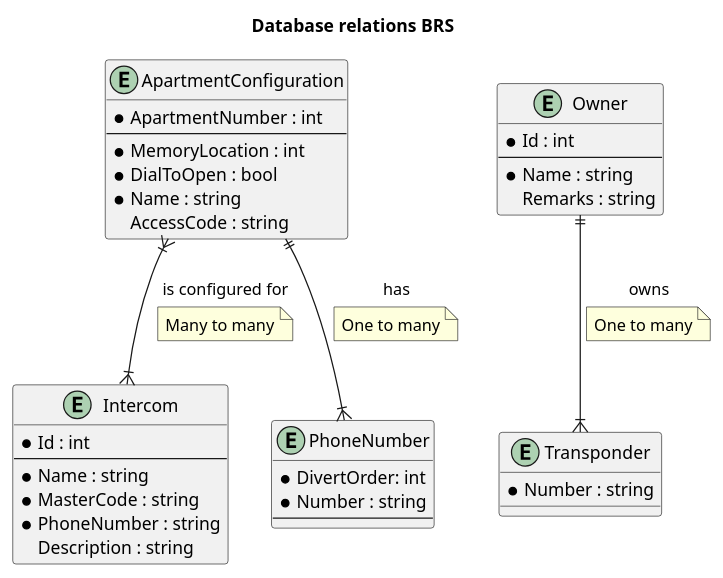
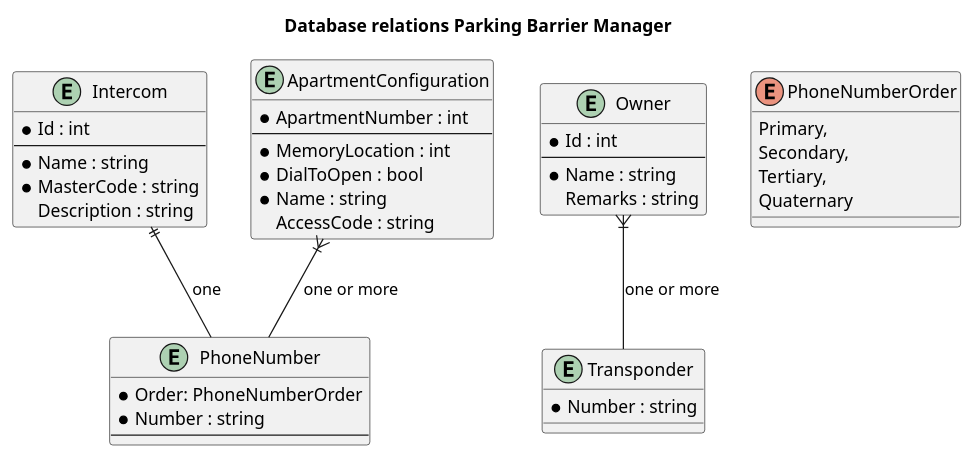
One commit to WilbertOnGithub/ParkingBarrierManager changed the diagram in doc/Database.plantuml. Above: the diagram before and after it, drawn with PlantUML. The commit also changed other lines of this file, not shown here.

Commit message:
Create database diagram

```diff
--- a/doc/Database.plantuml
+++ b/doc/Database.plantuml
@@ -1,55 +1,57 @@
 @startuml
 title
-	Database relations BRS
+	Database relations Parking Barrier Manager
 end title
 
-entity Intercom 
+entity Intercom
 {
     * Id : int
     --
 	* Name : string
 	* MasterCode : string
-	* PhoneNumber : string
 	Description : string
 }
 
 entity PhoneNumber
 {
-	* DivertOrder: int
+	* Order: PhoneNumberOrder
 	* Number : string
 	--
 }
 
 entity ApartmentConfiguration
 {
 	* ApartmentNumber : int
 	--
 	* MemoryLocation : int
 	* DialToOpen : bool
 	* Name : string
 	AccessCode : string
 }
 
 entity Owner
 {
 	* Id : int
 	--
-	* Name : string	
+	* Name : string
 	Remarks : string
 }
 
 entity Transponder
 {
 	* Number : string
 }
 
-Owner ||--|{ Transponder : owns
-note on link : One to many
+enum PhoneNumberOrder
+{
+    Primary,
+    Secondary,
+    Tertiary,
+    Quaternary
+}
 
-ApartmentConfiguration }|--|{ Intercom : is configured for
-note on link : Many to many
-
-ApartmentConfiguration ||--|{ PhoneNumber : has 
-note on link: One to many 
+Intercom ||-- PhoneNumber : one
+ApartmentConfiguration }|-- PhoneNumber : one or more
+Owner }|-- Transponder : one or more
 
 @enduml
```
